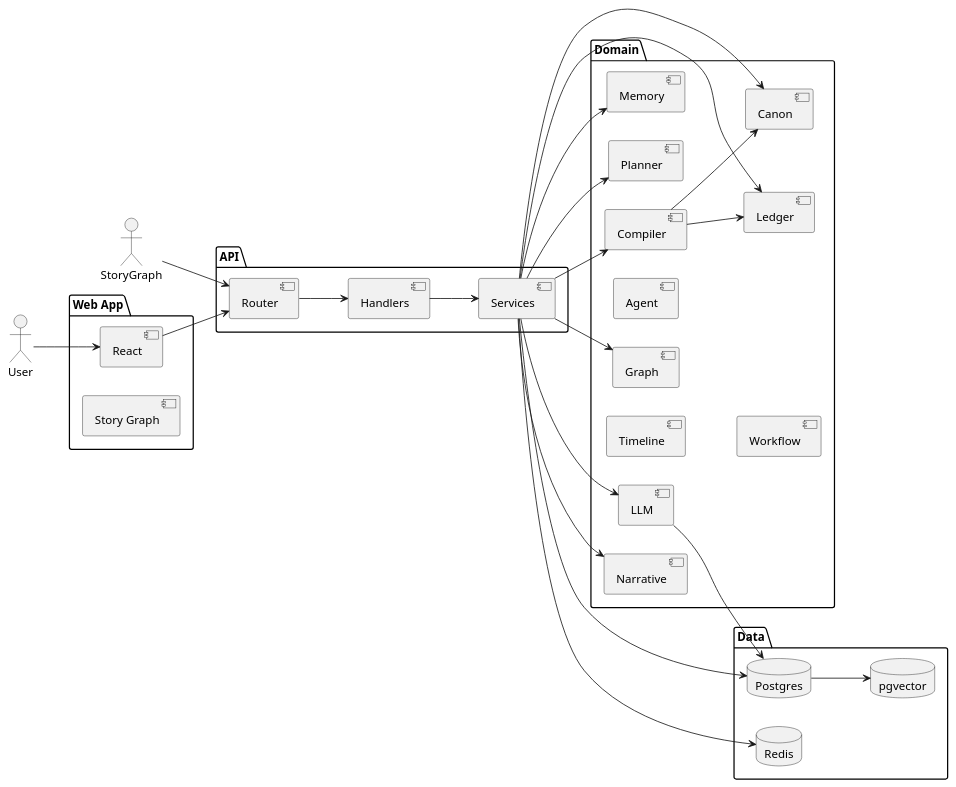
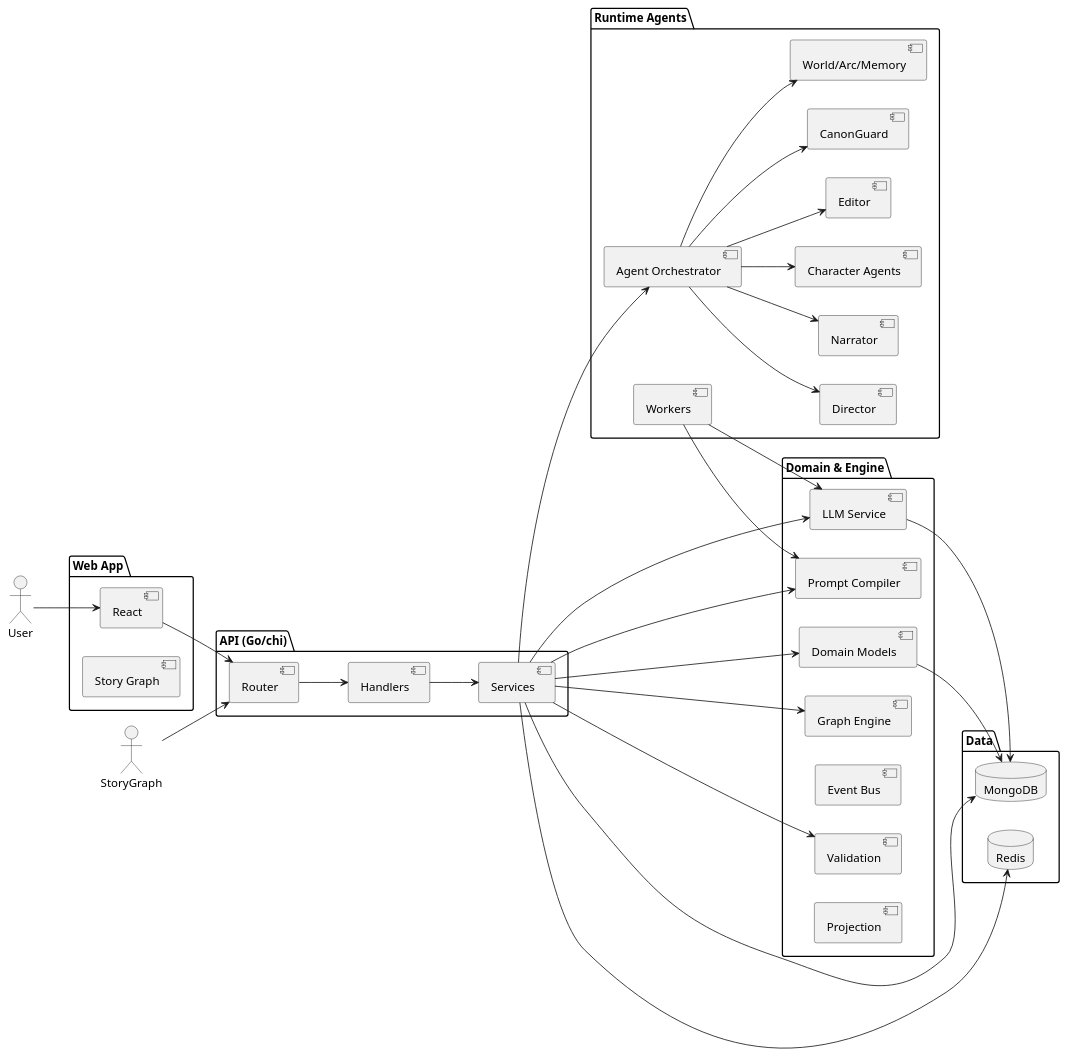
Before and after one commit to premchandkpc/story-builder: the diagram in docs/architecture.puml, drawn with PlantUML. The commit also changed 5 other files, not shown here.

```diff
--- a/docs/architecture.puml
+++ b/docs/architecture.puml
@@ -1,57 +1,67 @@
 @startuml
 left to right direction
 skinparam monochrome true
 skinparam shadowing false
 
 actor User
 package "Web App" {
   component React
   component "Story Graph"
 }
 
-package "API" {
+package "API (Go/chi)" {
   component Router
   component Handlers
   component Services
 }
 
-package "Domain" {
-  component Canon
-  component Graph
-  component Ledger
-  component Compiler
-  component LLM
-  component Narrative
-  component Timeline
-  component Agent
-  component Memory
-  component Planner
-  component Workflow
+package "Domain & Engine" {
+  component "Domain Models"
+  component "Graph Engine"
+  component "LLM Service"
+  component "Prompt Compiler"
+  component "Event Bus"
+  component "Validation"
+  component "Projection"
+}
+
+package "Runtime Agents" {
+  component "Agent Orchestrator"
+  component "Director"
+  component "Narrator"
+  component "Character Agents"
+  component "Editor"
+  component "CanonGuard"
+  component "World/Arc/Memory"
+  component "Workers"
 }
 
 package "Data" {
-  database Postgres
-  database pgvector
+  database MongoDB
   database Redis
 }
 
 User --> React
 React --> Router
 Router --> Handlers
 Handlers --> Services
-Services --> Canon
-Services --> Graph
-Services --> Ledger
-Services --> Compiler
-Services --> LLM
-Services --> Narrative
-Services --> Memory
-Services --> Planner
-Compiler --> Canon
-Compiler --> Ledger
-LLM --> Postgres
-Services --> Postgres
-Postgres --> pgvector
+Services --> "Domain Models"
+Services --> "Graph Engine"
+Services --> "LLM Service"
+Services --> "Prompt Compiler"
+Services --> "Agent Orchestrator"
+Services --> Validation
+"Agent Orchestrator" --> Director
+"Agent Orchestrator" --> Narrator
+"Agent Orchestrator" --> "Character Agents"
+"Agent Orchestrator" --> Editor
+"Agent Orchestrator" --> CanonGuard
+"Agent Orchestrator" --> "World/Arc/Memory"
+Workers --> "LLM Service"
+Workers --> "Prompt Compiler"
+"LLM Service" --> MongoDB
+Services --> MongoDB
 Services --> Redis
+"Domain Models" --> MongoDB
 StoryGraph --> Router
 @enduml
```
